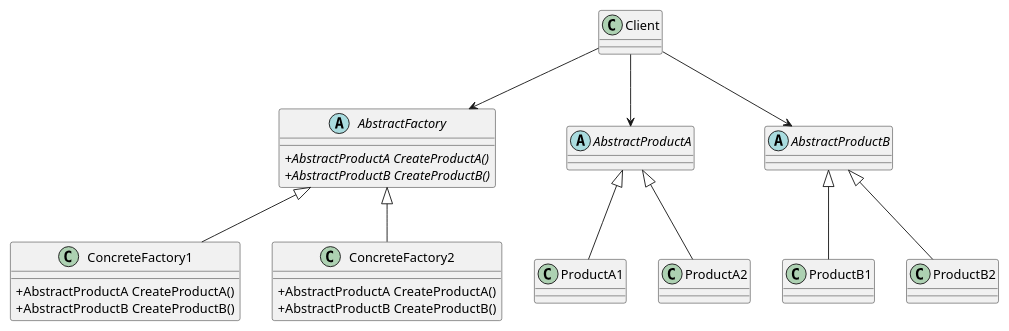
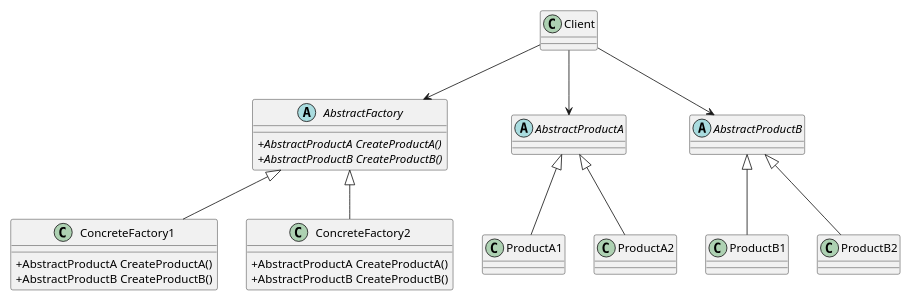
One commit to chrischen3121/notes changed diagram 11 of 17 in org/CS/DesignPattern.org. Above: the diagram before and after it, drawn with PlantUML. The commit also changed other lines of this file and 53 other files, not shown here.

```diff
--- a/org/CS/DesignPattern.org
+++ b/org/CS/DesignPattern.org
@@ -703,39 +785,39 @@
 #+BEGIN_SRC plantuml :file ../resources/OO/AbstractFactory.png :cmdline -charset UTF-8
-  scale 1000 width
+  scale 900 width
   skinparam classAttributeIconSize 0
   class Client
   abstract class AbstractFactory{
       + {abstract} AbstractProductA CreateProductA()
       + {abstract} AbstractProductB CreateProductB()
   }
   
   class ConcreteFactory1{
       + AbstractProductA CreateProductA()
       + AbstractProductB CreateProductB()
   }
   
   class ConcreteFactory2{
       + AbstractProductA CreateProductA()
       + AbstractProductB CreateProductB()
   }
   
   abstract class AbstractProductA
   class ProductA1
   class ProductA2
   abstract class AbstractProductB
   class ProductB1
   class ProductB2
   
   Client --> AbstractFactory
   Client --> AbstractProductA
   Client --> AbstractProductB
   
   AbstractFactory <|-- ConcreteFactory1
   AbstractFactory <|-- ConcreteFactory2
   
   AbstractProductA <|-- ProductA1
   AbstractProductA <|-- ProductA2
   
   AbstractProductB <|-- ProductB1
   AbstractProductB <|-- ProductB2
 #+END_SRC
```
